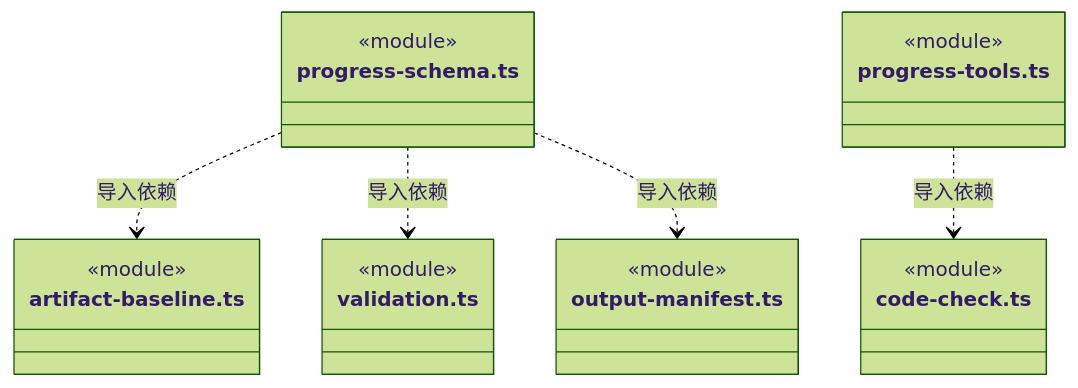
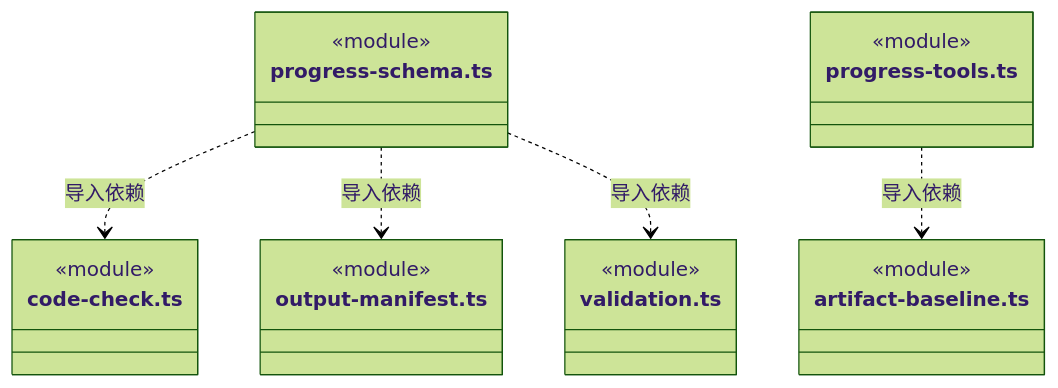
One commit to nan023062/cbim changed diagram 38 of 46 in src/logic/evidence/rules/ARCHITECTURE.md. Above: the diagram before and after it, drawn with Mermaid (forest theme). The commit also changed other lines of this file and 112 other files, not shown here.

Commit message:
docs: align source architecture with current declarations and contracts

````diff
--- a/src/logic/evidence/rules/ARCHITECTURE.md
+++ b/src/logic/evidence/rules/ARCHITECTURE.md
@@ -878,25 +869,25 @@
 ```mermaid
 classDiagram
 class N_src_logic_evidence_rules_progress_schema_ts["progress-schema.ts"] {
   <<module>>
 }
-class N_src_logic_evidence_rules_artifact_baseline_ts["artifact-baseline.ts"] {
+class N_src_logic_evidence_rules_code_check_ts["code-check.ts"] {
+  <<module>>
+}
+class N_src_logic_evidence_rules_output_manifest_ts["output-manifest.ts"] {
   <<module>>
 }
 class N_src_logic_evidence_rules_validation_ts["validation.ts"] {
   <<module>>
 }
-class N_src_logic_evidence_rules_output_manifest_ts["output-manifest.ts"] {
-  <<module>>
-}
 class N_src_logic_evidence_rules_progress_tools_ts["progress-tools.ts"] {
   <<module>>
 }
-class N_src_logic_evidence_rules_code_check_ts["code-check.ts"] {
+class N_src_logic_evidence_rules_artifact_baseline_ts["artifact-baseline.ts"] {
   <<module>>
 }
-N_src_logic_evidence_rules_progress_schema_ts ..> N_src_logic_evidence_rules_artifact_baseline_ts : 导入依赖
+N_src_logic_evidence_rules_progress_schema_ts ..> N_src_logic_evidence_rules_code_check_ts : 导入依赖
+N_src_logic_evidence_rules_progress_schema_ts ..> N_src_logic_evidence_rules_output_manifest_ts : 导入依赖
 N_src_logic_evidence_rules_progress_schema_ts ..> N_src_logic_evidence_rules_validation_ts : 导入依赖
-N_src_logic_evidence_rules_progress_schema_ts ..> N_src_logic_evidence_rules_output_manifest_ts : 导入依赖
-N_src_logic_evidence_rules_progress_tools_ts ..> N_src_logic_evidence_rules_code_check_ts : 导入依赖
+N_src_logic_evidence_rules_progress_tools_ts ..> N_src_logic_evidence_rules_artifact_baseline_ts : 导入依赖
 ```
````
